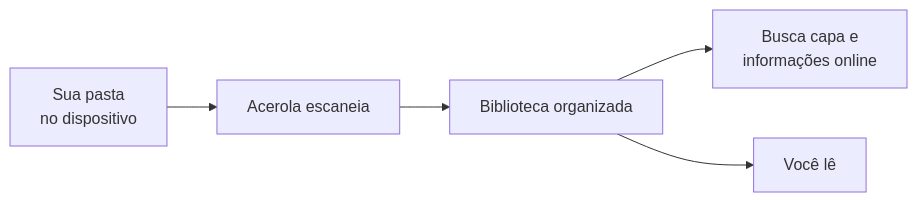
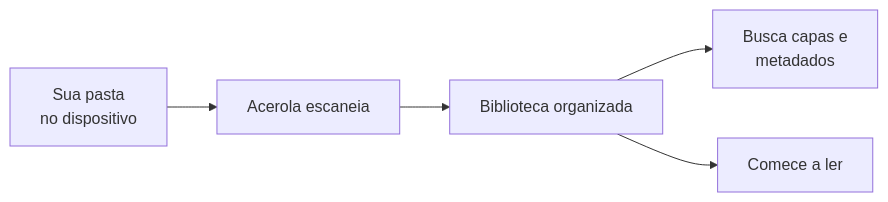
One commit to Vinicius-Gabriel-P-Leitao/acerola-reader changed the first of 2 diagrams in android/README.md. Above: the diagram before and after it, drawn with Mermaid. The commit also changed other lines of this file and 10 other files, not shown here.

````diff
--- a/android/README.md
+++ b/android/README.md
@@ -49,7 +65,7 @@
 ```mermaid
 flowchart LR
-    Pasta[Sua pasta\nno dispositivo] --> Scan[Acerola escaneia]
+    Pasta[Sua pasta<br/>no dispositivo] --> Scan[Acerola escaneia]
     Scan --> Biblioteca[Biblioteca organizada]
-    Biblioteca --> Metadados[Busca capa e\ninformações online]
-    Biblioteca --> Leitura[Você lê]
+    Biblioteca --> Metadados[Busca capas e<br/>metadados]
+    Biblioteca --> Leitura[Comece a ler]
 ```
````
